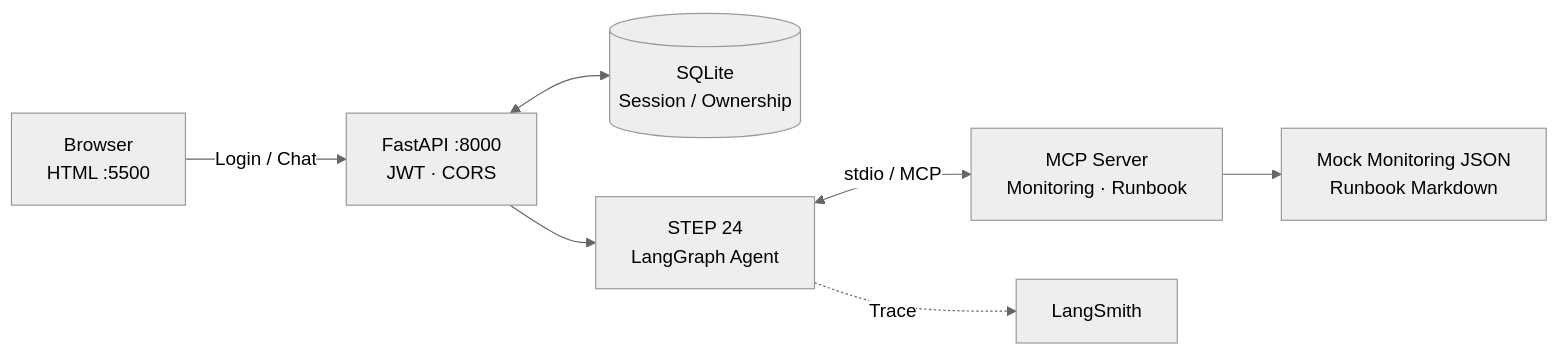
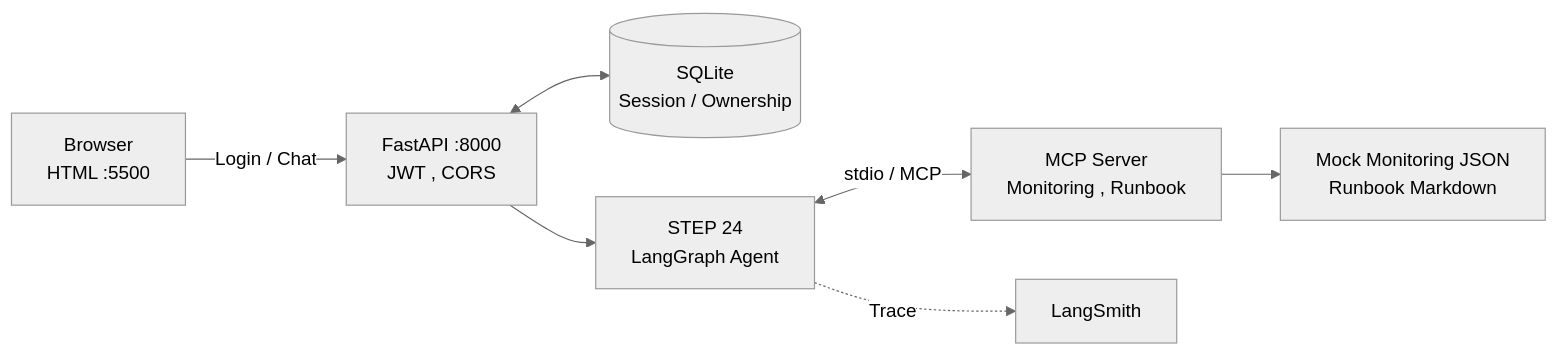
One commit to White-spade/skala-miniaip changed the first of 2 diagrams in README.md. Above: the diagram before and after it, drawn with Mermaid (neutral theme). The commit also changed other lines of this file, not shown here.

````diff
--- a/README.md
+++ b/README.md
@@ -180,9 +180,9 @@
 ```mermaid
 flowchart LR
-    UI["Browser<br/>HTML :5500"] -->|"Login / Chat"| API["FastAPI :8000<br/>JWT · CORS"]
+    UI["Browser<br/>HTML :5500"] -->|"Login / Chat"| API["FastAPI :8000<br/>JWT ,  CORS"]
     API <--> DB[("SQLite<br/>Session / Ownership")]
     API --> AG["STEP 24<br/>LangGraph Agent"]
-    AG <-->|"stdio / MCP"| MCP["MCP Server<br/>Monitoring · Runbook"]
+    AG <-->|"stdio / MCP"| MCP["MCP Server<br/>Monitoring ,  Runbook"]
     MCP --> DATA["Mock Monitoring JSON<br/>Runbook Markdown"]
     AG -.->|"Trace"| LS["LangSmith"]
 ```
````
